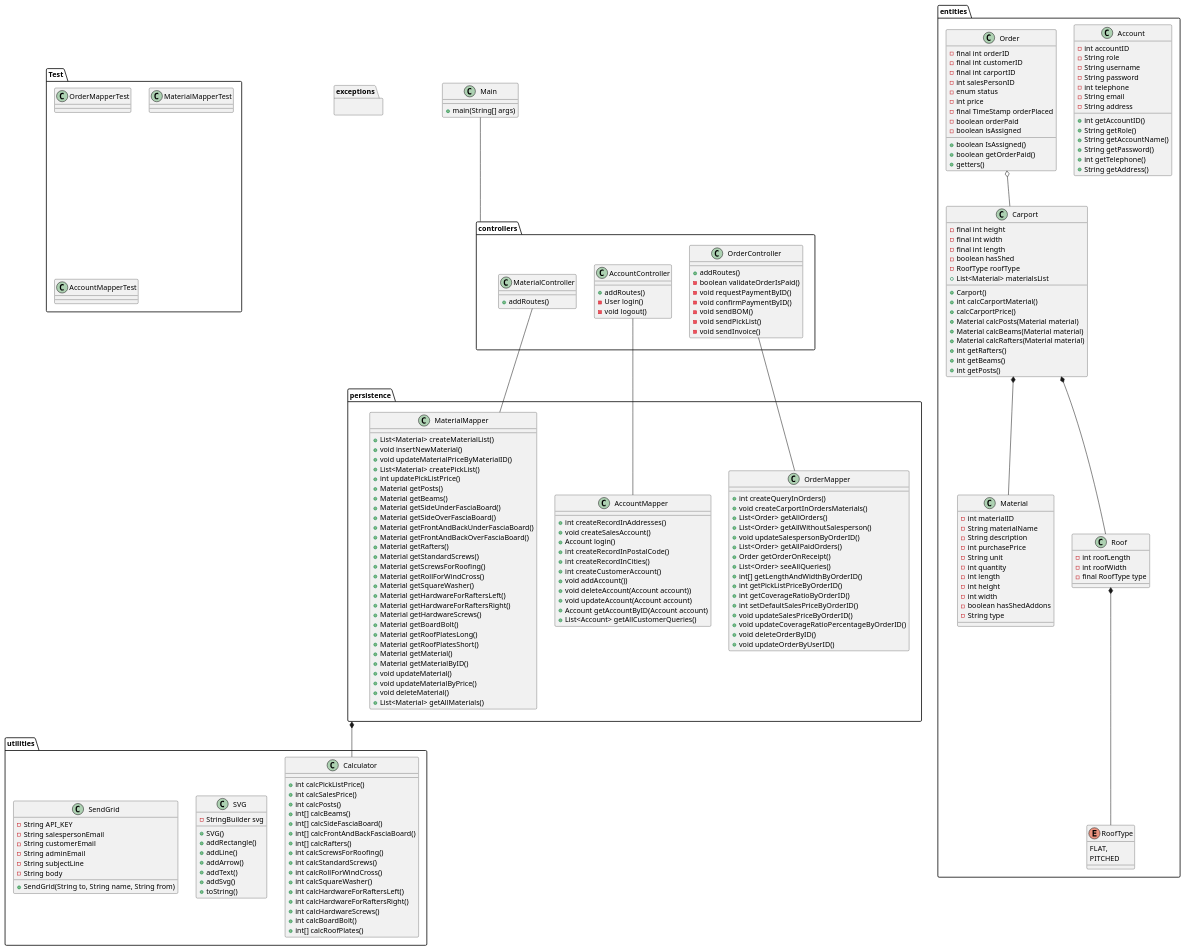
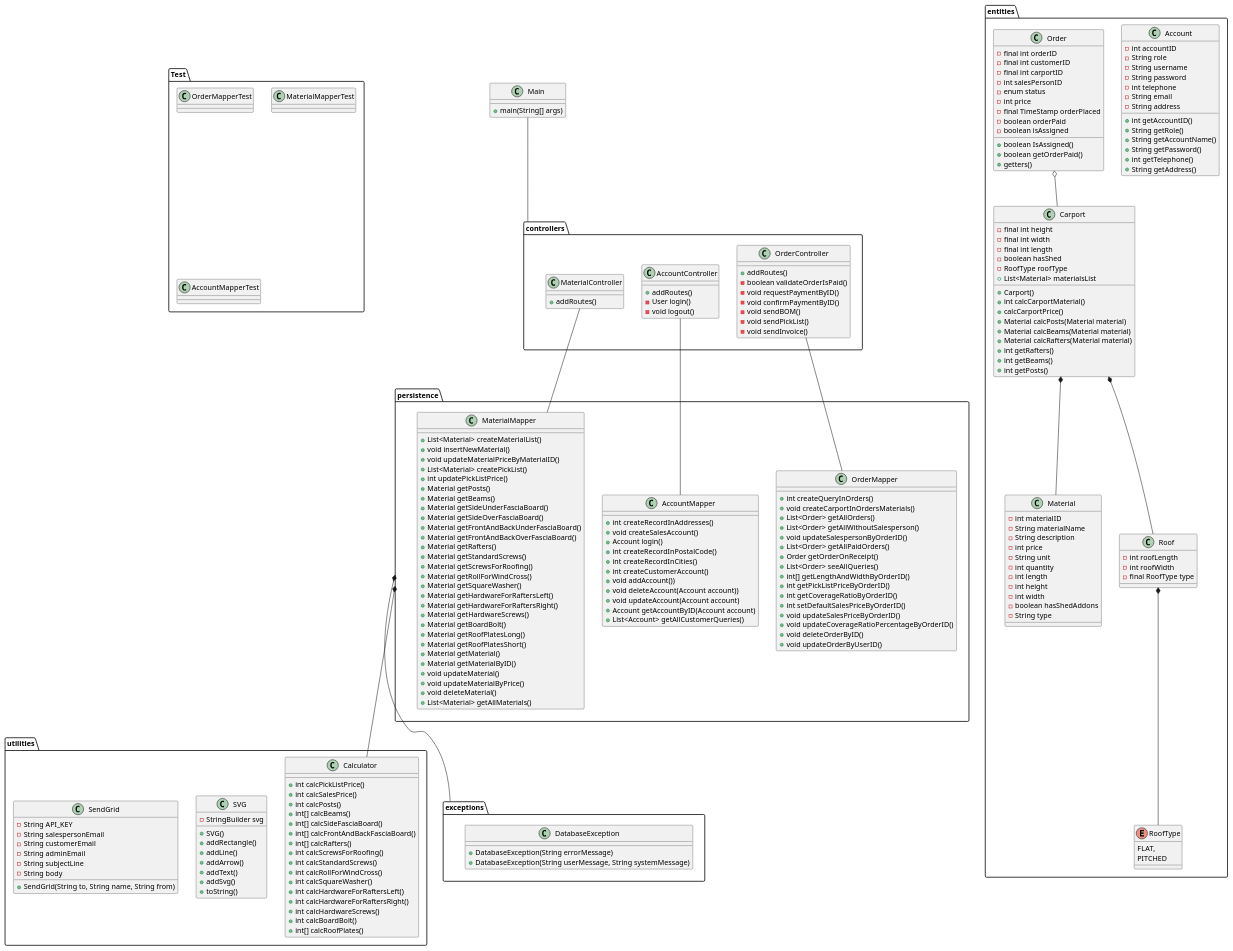
The diagram in docs/class diagrams/classDiagramV3.puml (mridrisisci/fog-projekt), drawn with PlantUML before and after one commit.

Commit message:
refactored purchasePrice to price

```diff
--- a/docs/class diagrams/classDiagramV3.puml
+++ b/docs/class diagrams/classDiagramV3.puml
@@ -132,7 +132,7 @@
     - String materialName
     - String description
     'prisen for Fog at købe materialerne
-    - int purchasePrice
+    - int price
     - String unit
     - int quantity
     - int length
@@ -155,6 +155,11 @@
 }
 
 package exceptions {
+
+class DatabaseException{
++ DatabaseException(String errorMessage)
++ DatabaseException(String userMessage, String systemMessage)
+}
 
 }
 
@@ -246,5 +251,6 @@
 Roof *-- RoofType
 
 persistence *-- Calculator
+persistence *-- exceptions
 
 @enduml
```
